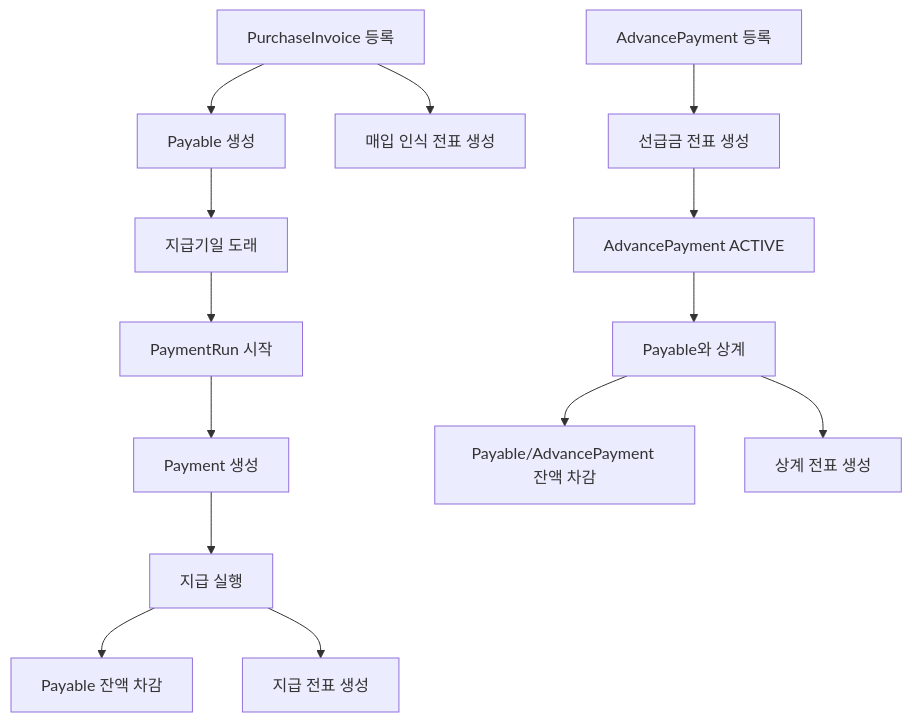
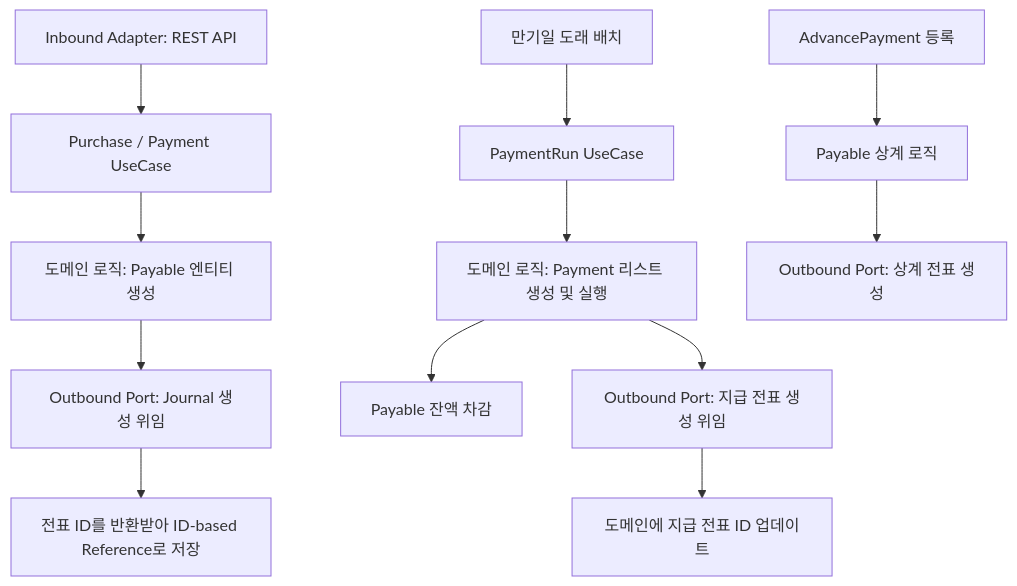
Before and after one commit to skyg547/account: the diagram in payable/docs/process-flow.md, drawn with Mermaid. The commit also changed other lines of this file and 94 other files, not shown here.

````diff
--- a/payable/docs/process-flow.md
+++ b/payable/docs/process-flow.md
@@ -19,16 +10,16 @@
 ```mermaid
 flowchart TD
-    A[PurchaseInvoice 등록] --> B[Payable 생성]
-    A --> C[매입 인식 전표 생성]
-    B --> D[지급기일 도래]
-    D --> E[PaymentRun 시작]
-    E --> F[Payment 생성]
-    F --> G[지급 실행]
-    G --> H[Payable 잔액 차감]
-    G --> I[지급 전표 생성]
-    J[AdvancePayment 등록] --> K[선급금 전표 생성]
-    K --> L[AdvancePayment ACTIVE]
-    L --> M[Payable와 상계]
-    M --> N[Payable/AdvancePayment 잔액 차감]
-    M --> O[상계 전표 생성]
+    A[Inbound Adapter: REST API] --> B[Purchase / Payment UseCase]
+    B --> C[도메인 로직: Payable 엔티티 생성]
+    C --> D[Outbound Port: Journal 생성 위임]
+    D --> E[전표 ID를 반환받아 ID-based Reference로 저장]
+    
+    F[만기일 도래 배치] --> G[PaymentRun UseCase]
+    G --> H[도메인 로직: Payment 리스트 생성 및 실행]
+    H --> I[Payable 잔액 차감]
+    H --> J[Outbound Port: 지급 전표 생성 위임]
+    J --> K[도메인에 지급 전표 ID 업데이트]
+    
+    L[AdvancePayment 등록] --> M[Payable 상계 로직]
+    M --> N[Outbound Port: 상계 전표 생성]
 ```
````
